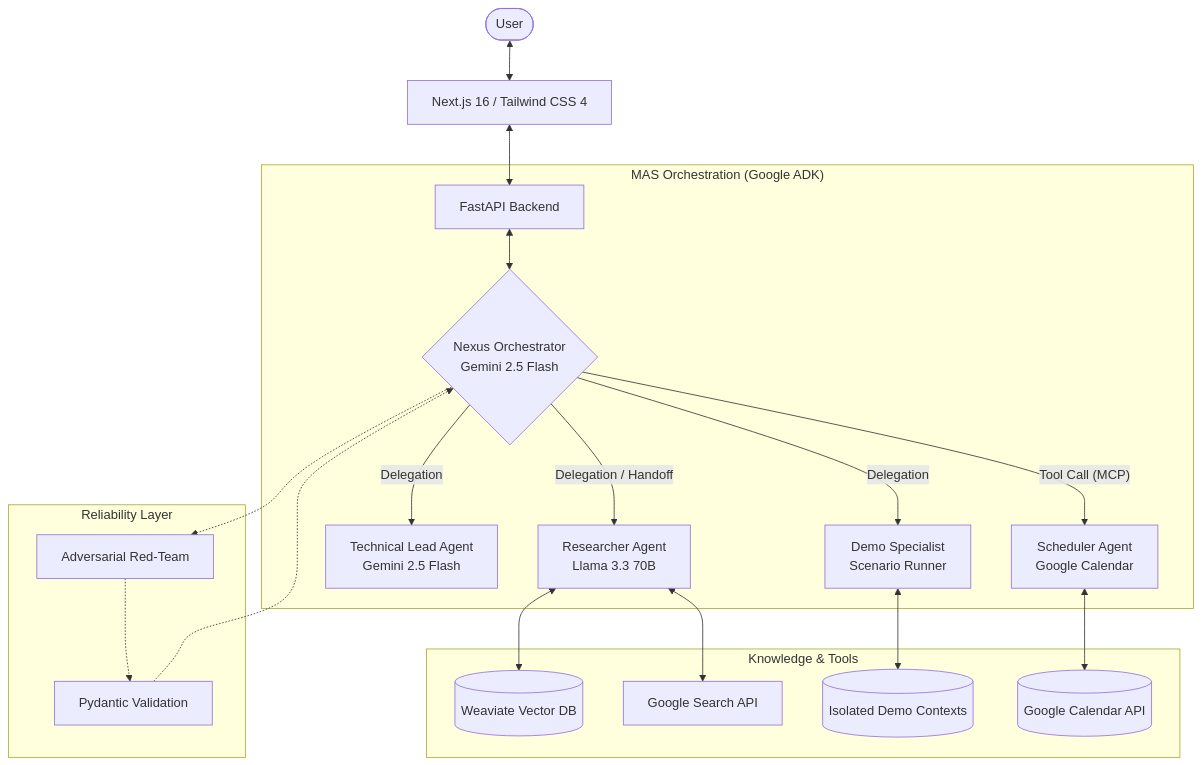
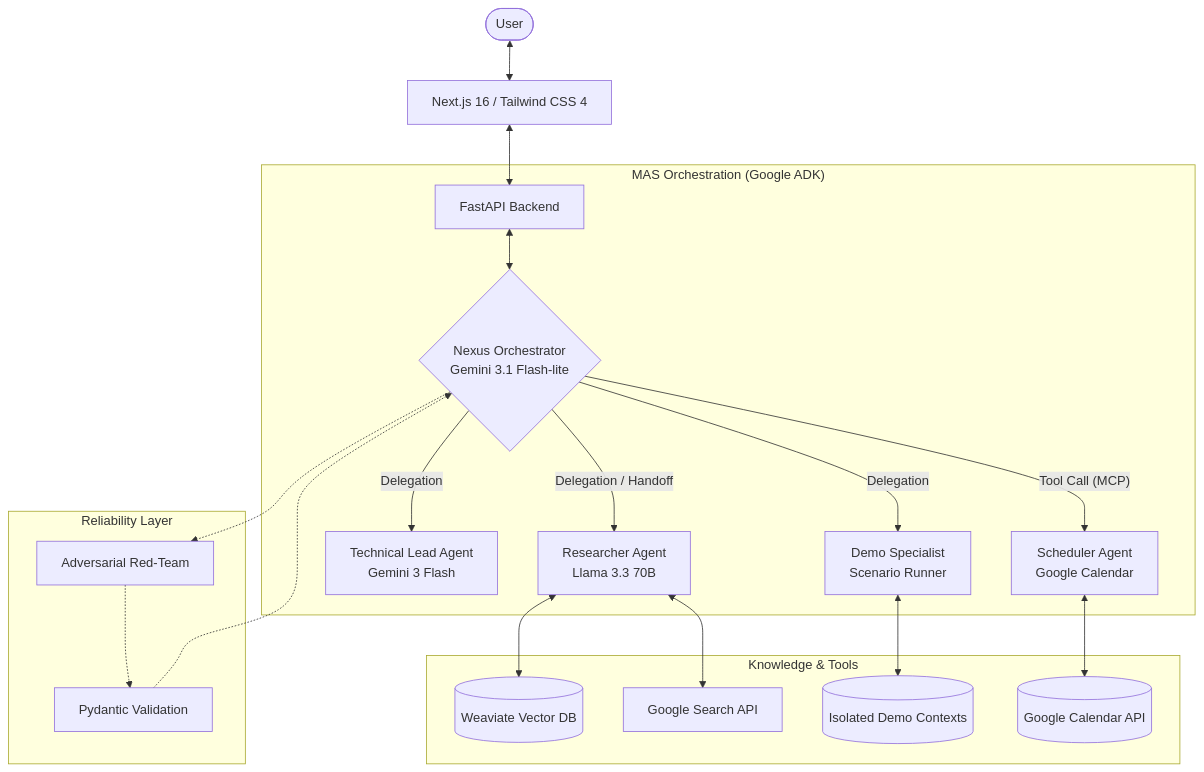
Before and after one commit to Hou-dini/project-mirror-overview: the diagram in README.md, drawn with Mermaid. The commit also changed other lines of this file, not shown here.

Commit message:
Update Gemini and Nexus version references
Updated references to Gemini and Nexus versions in the architecture diagram and AI models section.

````diff
--- a/README.md
+++ b/README.md
@@ -23,26 +23,26 @@
 ```mermaid
 graph TD
     User([User]) <--> Frontend[Next.js 16 / Tailwind CSS 4]
     Frontend <--> API[FastAPI Backend]
     
     subgraph "MAS Orchestration (Google ADK)"
-        API <--> Nexus{Nexus Orchestrator<br/>Gemini 2.5 Flash}
+        API <--> Nexus{Nexus Orchestrator<br/>Gemini 3.1 Flash-lite}
         Nexus -- "Delegation / Handoff" --> Researcher[Researcher Agent<br/>Llama 3.3 70B]
-        Nexus -- "Delegation" --> TechLead[Technical Lead Agent<br/>Gemini 2.5 Flash]
+        Nexus -- "Delegation" --> TechLead[Technical Lead Agent<br/>Gemini 3 Flash]
         Nexus -- "Delegation" --> DemoSpec[Demo Specialist<br/>Scenario Runner]
         Nexus -- "Tool Call (MCP)" --> Scheduler[Scheduler Agent<br/>Google Calendar]
     end
 
     subgraph "Knowledge & Tools"
         Researcher <--> VectorDB[(Weaviate Vector DB)]
         Researcher <--> Search[Google Search API]
         DemoSpec <--> MockData[(Isolated Demo Contexts)]
         Scheduler <--> Calendar[(Google Calendar API)]
     end
 
     subgraph "Reliability Layer"
         Nexus -.-> RedTeam[Adversarial Red-Team]
         RedTeam -.-> Guardrails[Pydantic Validation]
         Guardrails -.-> Nexus
     end
 ```
````
